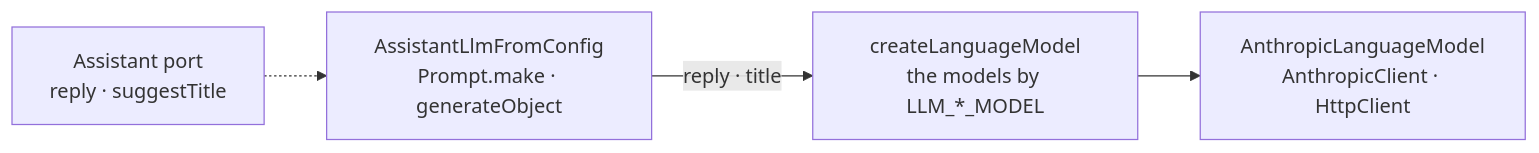
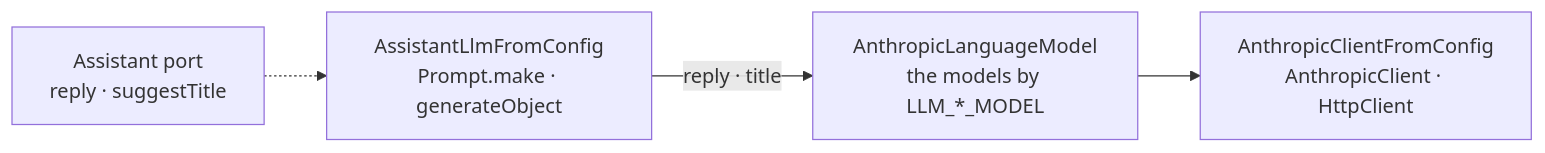
The diagram in docs/knowledge/ai.md (khotei/app-template), drawn with Mermaid before and after one commit. The commit also changed other lines of this file and 10 other files, not shown here.

````diff
--- a/docs/knowledge/ai.md
+++ b/docs/knowledge/ai.md
@@ -19,6 +19,6 @@
 ```mermaid
 graph LR
   P["Assistant port<br/>reply · suggestTitle"] -.-> L["AssistantLlmFromConfig<br/>Prompt.make · generateObject"]
-  L -->|"reply · title"| K["createLanguageModel<br/>the models by LLM_*_MODEL"]
-  K --> A["AnthropicLanguageModel<br/>AnthropicClient · HttpClient"]
+  L -->|"reply · title"| A["AnthropicLanguageModel<br/>the models by LLM_*_MODEL"]
+  A --> K["AnthropicClientFromConfig<br/>AnthropicClient · HttpClient"]
 ```
````
